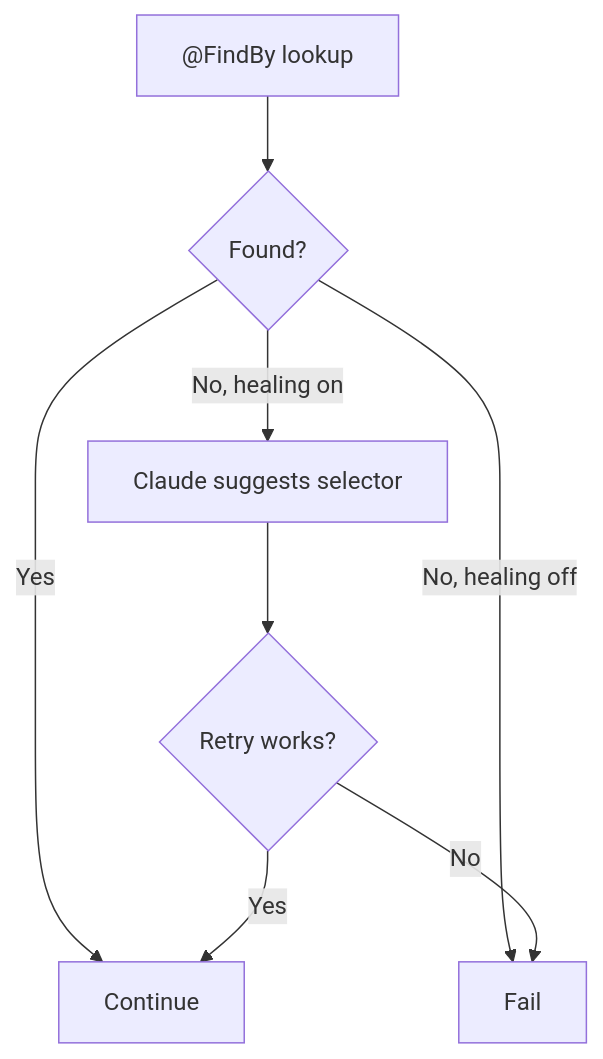
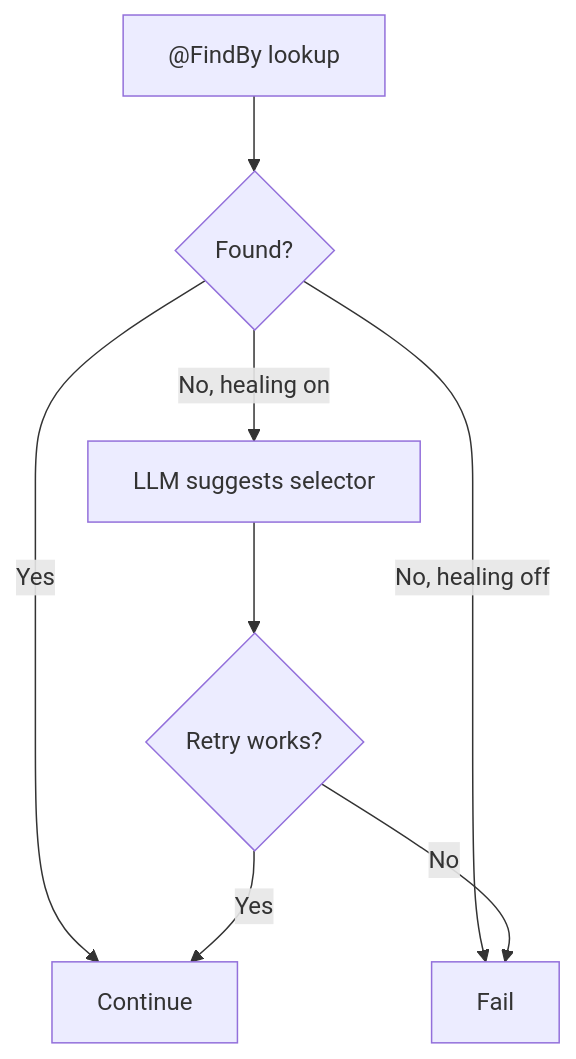
Before and after one commit to veeresh-bikkaneti/techtalkwith-veeresh: the seventh of 7 diagrams in _posts/2026-07-02-get-started-cucumber-bdd-parallel-java.md, drawn with Mermaid. The commit also changed other lines of this file and 8 other files, not shown here.

````diff
--- a/_posts/2026-07-02-get-started-cucumber-bdd-parallel-java.md
+++ b/_posts/2026-07-02-get-started-cucumber-bdd-parallel-java.md
@@ -302,10 +315,10 @@
 ```mermaid
 flowchart TD
     A["@FindBy lookup"] --> B{Found?}
     B -->|Yes| C[Continue]
     B -->|No, healing off| D[Fail]
-    B -->|No, healing on| E[Claude suggests selector]
+    B -->|No, healing on| E[LLM suggests selector]
     E --> F{Retry works?}
     F -->|Yes| C
     F -->|No| D
 ```
````
